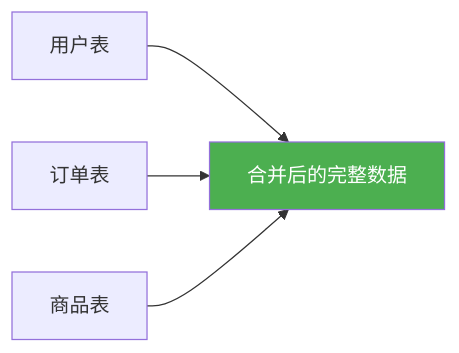
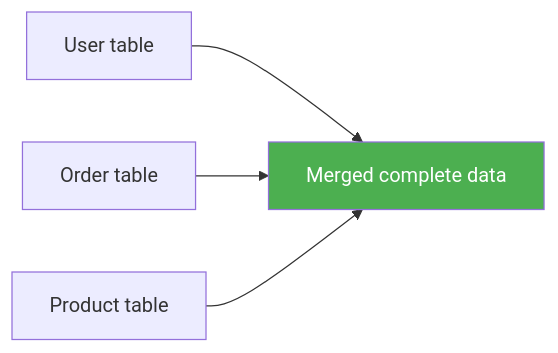
The first of 2 diagrams in docs/ch03-data-analysis/ch03-pandas/07-merge.md (oudbiao/AI-fullstack-course), drawn with Mermaid before and after one commit. The commit also changed other lines of this file and 1406 other files, not shown here.

````diff
--- a/docs/ch03-data-analysis/ch03-pandas/07-merge.md
+++ b/docs/ch03-data-analysis/ch03-pandas/07-merge.md
@@ -52,8 +52,8 @@
 ```mermaid
 flowchart LR
-    A["用户表"] --> D["合并后的完整数据"]
-    B["订单表"] --> D
-    C["商品表"] --> D
+    A["User table"] --> D["Merged complete data"]
+    B["Order table"] --> D
+    C["Product table"] --> D
 
     style D fill:#4caf50,color:#fff
 ```
````
